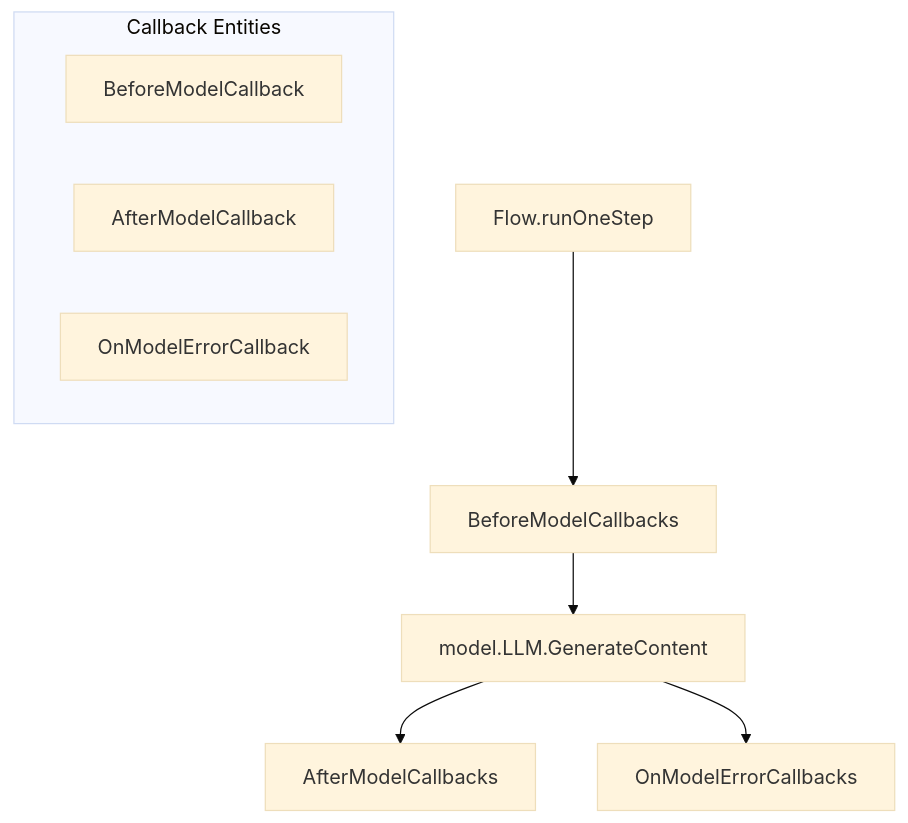
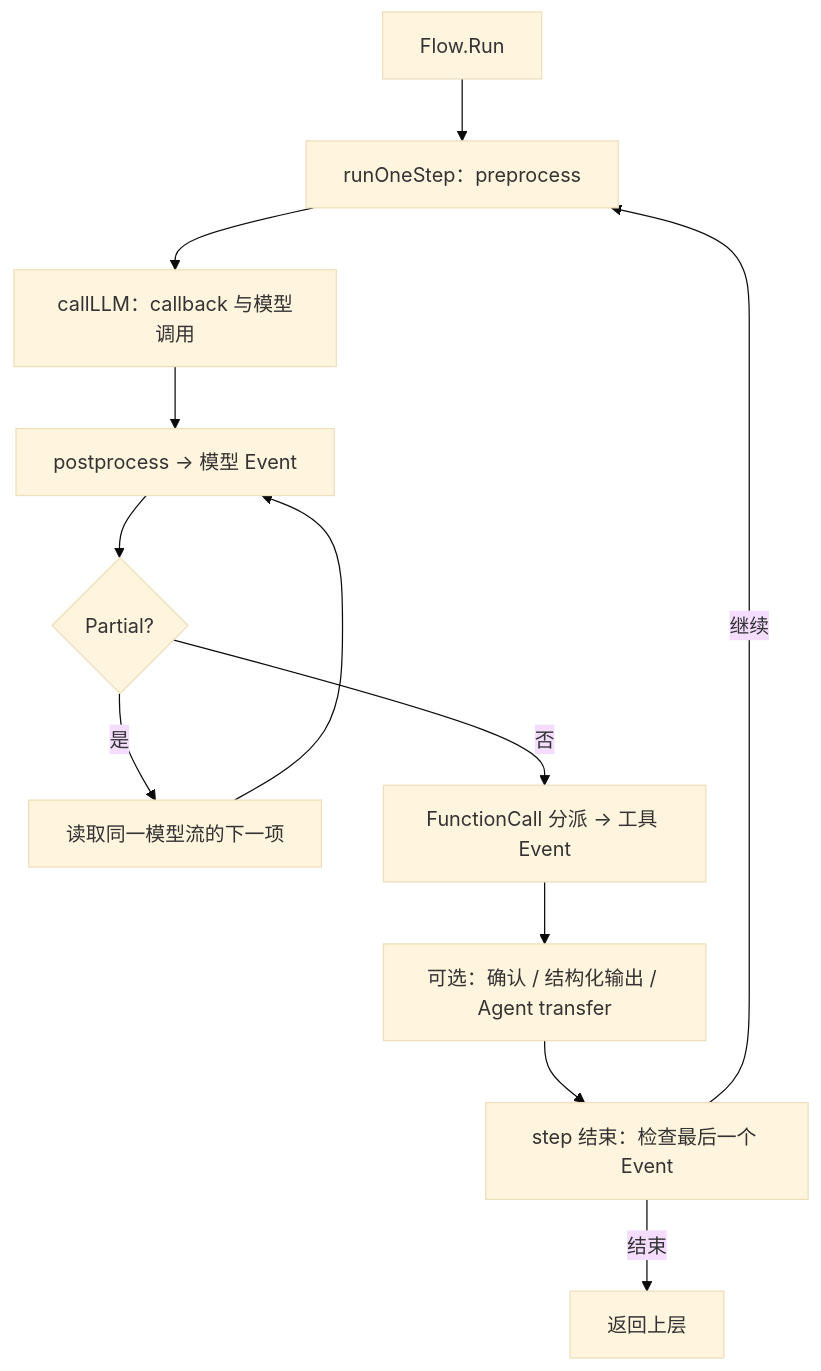
One commit to elonnzhang/elonnzhang.github.io changed the first of 2 diagrams in content/posts/2026-09-20-adk-flow.md. Above: the diagram before and after it, drawn with Mermaid (base theme). The commit also changed other lines of this file and 41 other files, not shown here.

````diff
--- a/content/posts/2026-09-20-adk-flow.md
+++ b/content/posts/2026-09-20-adk-flow.md
@@ -424,17 +70,14 @@
 ```mermaid
 flowchart TD
-    Start["Flow.runOneStep"]
-    BeforeModel["BeforeModelCallbacks"]
-    ModelCall["model.LLM.GenerateContent"]
-    AfterModel["AfterModelCallbacks"]
-    OnError["OnModelErrorCallbacks"]
-    subgraph subGraph0 ["Callback Entities"]
-        BeforeModelCB["BeforeModelCallback"]
-        AfterModelCB["AfterModelCallback"]
-        OnErrorCB["OnModelErrorCallback"]
-    end
-    Start --> BeforeModel
-    BeforeModel --> ModelCall
-    ModelCall --> AfterModel
-    ModelCall --> OnError
+    A["Flow.Run"] --> B["runOneStep：preprocess"]
+    B --> C["callLLM：callback 与模型调用"]
+    C --> D["postprocess → 模型 Event"]
+    D --> E{"Partial?"}
+    E -->|是| J["读取同一模型流的下一项"]
+    J --> D
+    E -->|否| F["FunctionCall 分派 → 工具 Event"]
+    F --> G["可选：确认 / 结构化输出 / Agent transfer"]
+    G --> H["step 结束：检查最后一个 Event"]
+    H -->|继续| B
+    H -->|结束| I["返回上层"]
 ```
````
